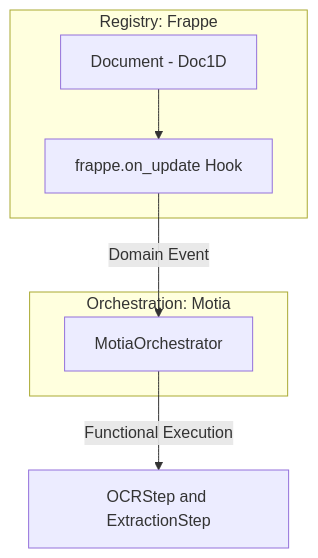
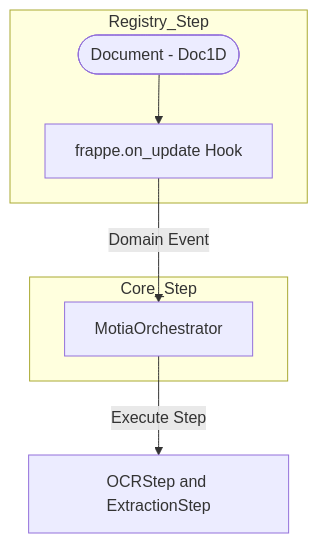
Before and after one commit to internetartsy/JK: the second of 2 diagrams in documentation/frappe_integration.md, drawn with Mermaid. The commit also changed other lines of this file and 37 other files, not shown here.

````diff
--- a/documentation/frappe_integration.md
+++ b/documentation/frappe_integration.md
@@ -13,15 +62,15 @@
 ```mermaid
 flowchart TD
-    subgraph Registry_Step [Registry: Frappe]
-        Doc["Document - Doc1D"]
+    subgraph Registry_Layer [Registry_Step]
+        Doc(["Document - Doc1D"])
         Hook["frappe.on_update Hook"]
     end
 
-    subgraph Logic_Step [Orchestration: Motia]
+    subgraph Logic_Layer [Core_Step]
         MO["MotiaOrchestrator"]
     end
 
     Doc --> Hook
     Hook -->|"Domain Event"| MO
-    MO -->|"Functional Execution"| Workers["OCRStep and ExtractionStep"]
+    MO -->|"Execute Step"| Workers["OCRStep and ExtractionStep"]
 ```
````
